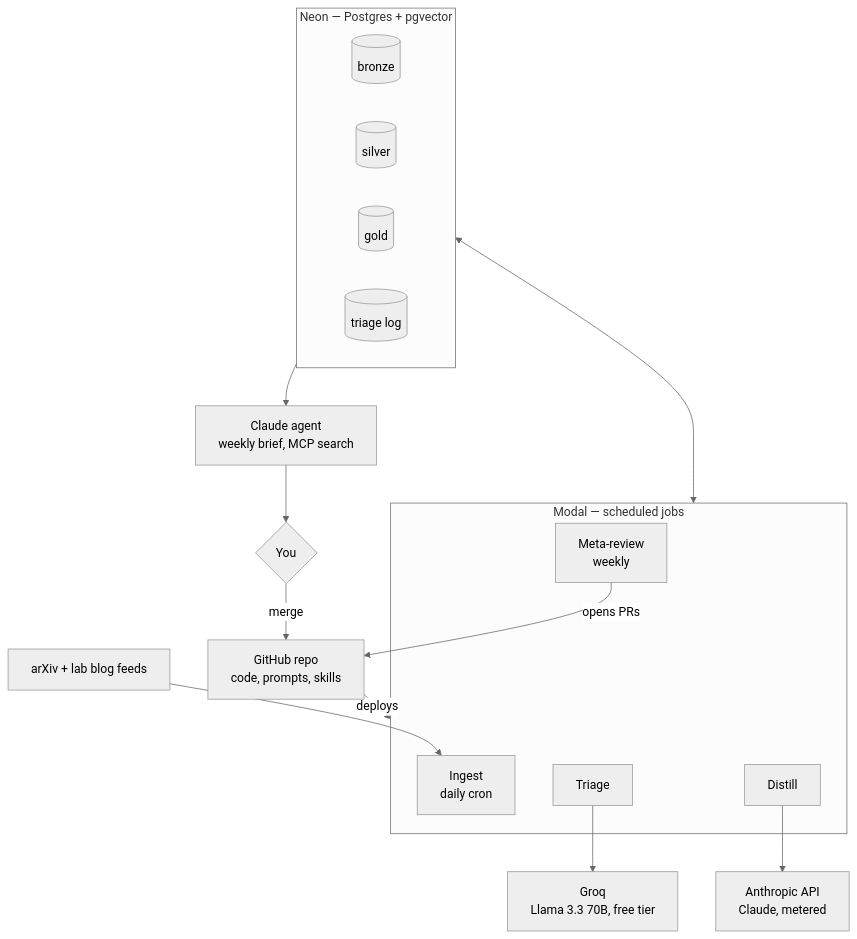
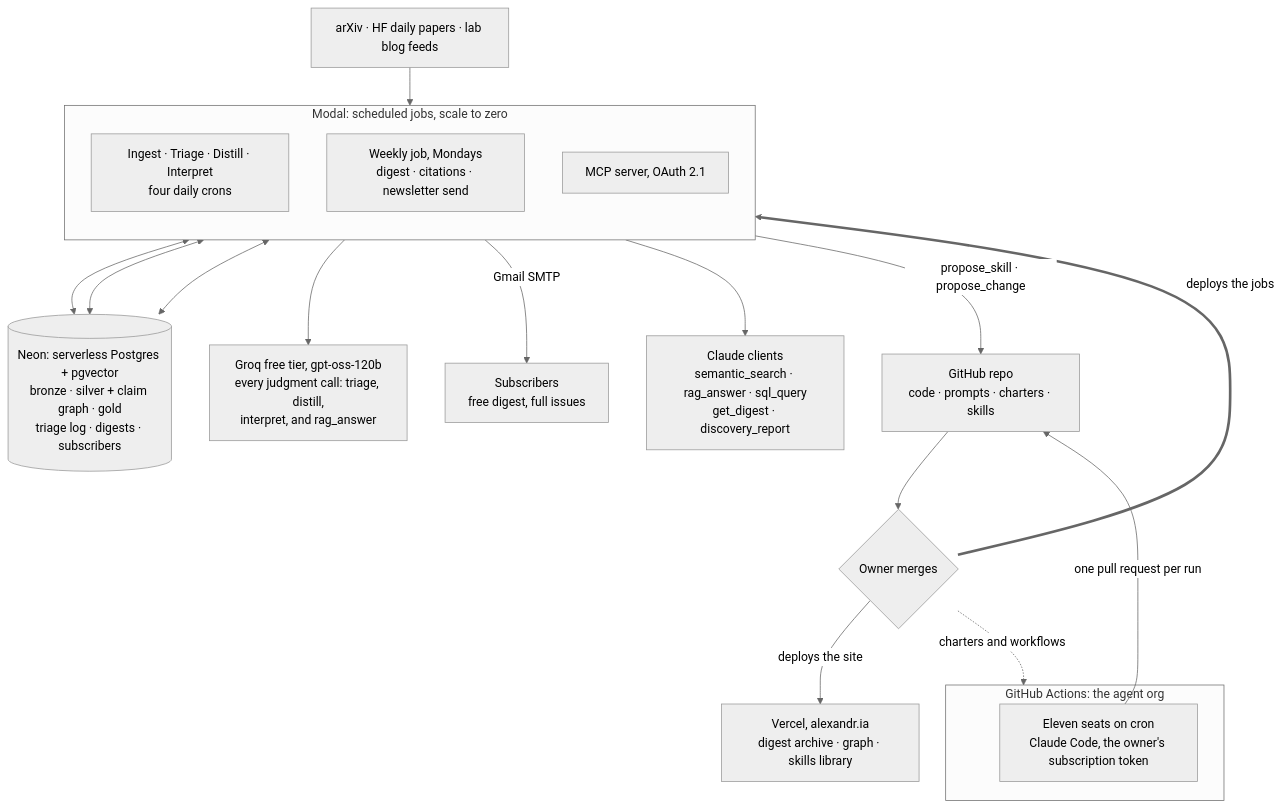
One commit to alexandrapaiz/alexandria changed the second of 2 diagrams in README.md. Above: the diagram before and after it, drawn with Mermaid (neutral theme). The commit also changed other lines of this file, not shown here.

First line of the commit message:
README: rewrite for both layers, with an architecture diagram that shows the org

````diff
--- a/README.md
+++ b/README.md
@@ -55,24 +138,31 @@
 ```mermaid
 flowchart TB
-    FEEDS[arXiv + lab blog feeds] --> ING2
-    subgraph MODAL["Modal — scheduled jobs"]
-        ING2[Ingest<br/>daily cron]
-        TRI2[Triage]
-        DIS2[Distill]
-        META2[Meta-review<br/>weekly]
+    FEEDS["arXiv · HF daily papers · lab blog feeds"]
+    NEON[("Neon: serverless Postgres + pgvector<br/>bronze · silver + claim graph · gold<br/>triage log · digests · subscribers")]
+    GROQ["Groq free tier, gpt-oss-120b<br/>every judgment call: triage, distill,<br/>interpret, and rag_answer"]
+
+    subgraph MODAL["Modal: scheduled jobs, scale to zero"]
+        direction TB
+        DAILY["Ingest · Triage · Distill · Interpret<br/>four daily crons"]
+        WK2["Weekly job, Mondays<br/>digest · citations · newsletter send"]
+        MCP2["MCP server, OAuth 2.1"]
     end
-    TRI2 --> GROQ[Groq<br/>Llama 3.3 70B, free tier]
-    DIS2 --> ANT[Anthropic API<br/>Claude, metered]
-    MODAL <--> NEON
-    subgraph NEON["Neon — Postgres + pgvector"]
-        B[(bronze)]
-        S[(silver)]
-        G[(gold)]
-        L[(triage log)]
+
+    subgraph GHA["GitHub Actions: the agent org"]
+        SEATS["Eleven seats on cron<br/>Claude Code, the owner's subscription token"]
     end
-    META2 -->|opens PRs| GH[GitHub repo<br/>code, prompts, skills]
-    GH -->|deploys| MODAL
-    NEON --> AGENT[Claude agent<br/>weekly brief, MCP search]
-    AGENT --> YOU{You}
-    YOU -->|merge| GH
+
+    FEEDS --> DAILY
+    DAILY <--> NEON
+    WK2 <--> NEON
+    MCP2 <--> NEON
+    DAILY --> GROQ
+    WK2 -->|"Gmail SMTP"| SUBS["Subscribers<br/>free digest, full issues"]
+    MCP2 --> CLIENTS["Claude clients<br/>semantic_search · rag_answer · sql_query<br/>get_digest · discovery_report"]
+    MCP2 -->|"propose_skill · propose_change"| GH
+    SEATS -->|"one pull request per run"| GH["GitHub repo<br/>code · prompts · charters · skills"]
+    GH --> OWNER{"Owner merges"}
+    OWNER ==>|"deploys the jobs"| MODAL
+    OWNER -->|"deploys the site"| SITE["Vercel, alexandr.ia<br/>digest archive · graph · skills library"]
+    OWNER -.->|"charters and workflows"| GHA
 ```
````
